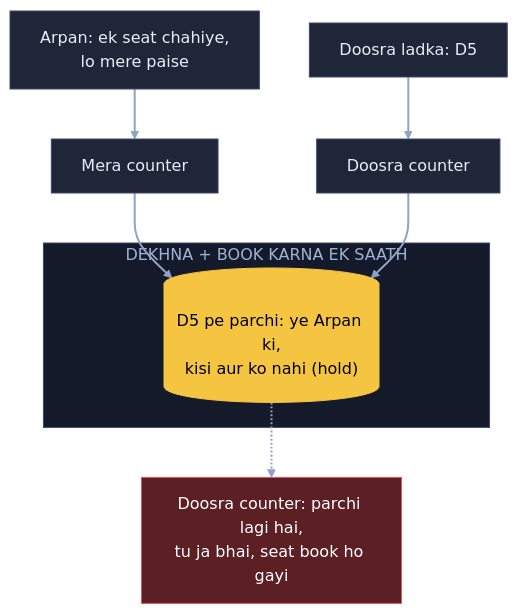
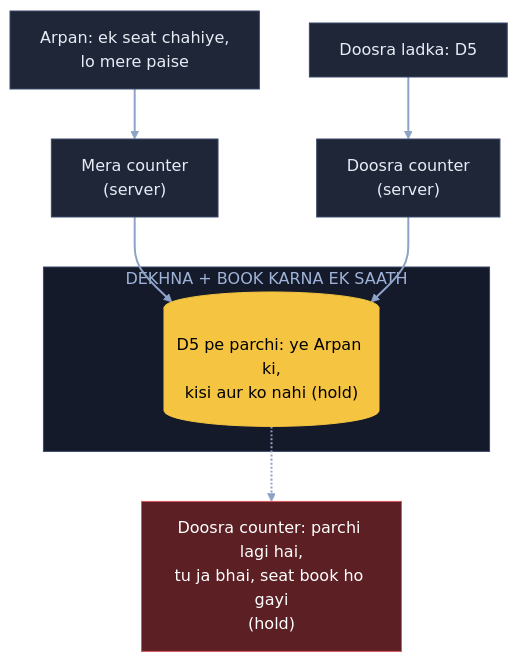
The first of 12 diagrams in 04_HLD/SYSTEM_DESIGNS/09_bookmyshow/09_bookmyshow.md (ArpanMaheshwari144/Prep), drawn with Mermaid before and after one commit. The commit also changed other lines of this file and 20 other files, not shown here.

Commit message:
HLD main files: diagram me kahani shabd + bracket me asli naam (21 design, 182 label)

````diff
--- a/04_HLD/SYSTEM_DESIGNS/09_bookmyshow/09_bookmyshow.md
+++ b/04_HLD/SYSTEM_DESIGNS/09_bookmyshow/09_bookmyshow.md
@@ -99,22 +99,22 @@
 ```mermaid
 flowchart TB
     A["Arpan: ek seat chahiye,<br/>lo mere paise"]:::card
     L["Doosra ladka: D5"]:::card
-    C1["Mera counter"]:::card
-    C2["Doosra counter"]:::card
+    C1["Mera counter<br/>(server)"]:::card
+    C2["Doosra counter<br/>(server)"]:::card
     subgraph EK["DEKHNA + BOOK KARNA EK SAATH"]
         D[("D5 pe parchi: ye Arpan ki,<br/>kisi aur ko nahi (hold)")]:::pill
     end
-    X["Doosra counter: parchi lagi hai,<br/>tu ja bhai, seat book ho gayi"]:::bad
+    X["Doosra counter: parchi lagi hai,<br/>tu ja bhai, seat book ho gayi<br/>(hold)"]:::bad
     A --> C1
     L --> C2
     C1 --> D
     C2 --> D
     D -.-> X
     linkStyle default stroke:#8fa3c7,stroke-width:2px
     classDef card fill:#1e2638,stroke:#3a4a6b,color:#e8ecf5
     classDef pill fill:#f5c542,stroke:#f5c542,color:#000
     classDef good fill:#2e7d4f,stroke:#3fbf6f,color:#fff
     classDef bad fill:#5c1f24,stroke:#e05561,color:#fff
     style EK fill:#141a29,stroke:#3a4a6b,color:#9fb3d9
 ```
````
